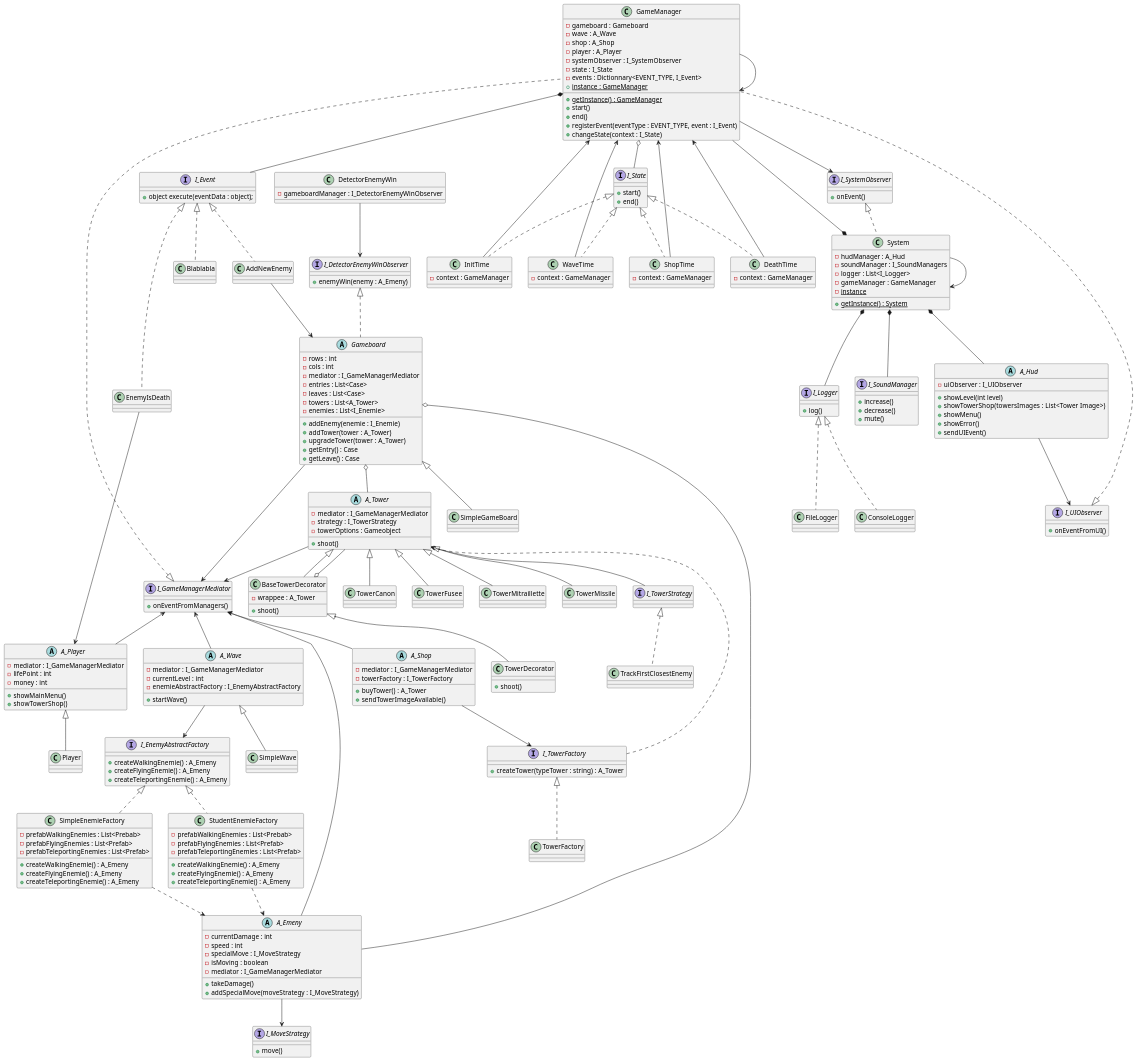
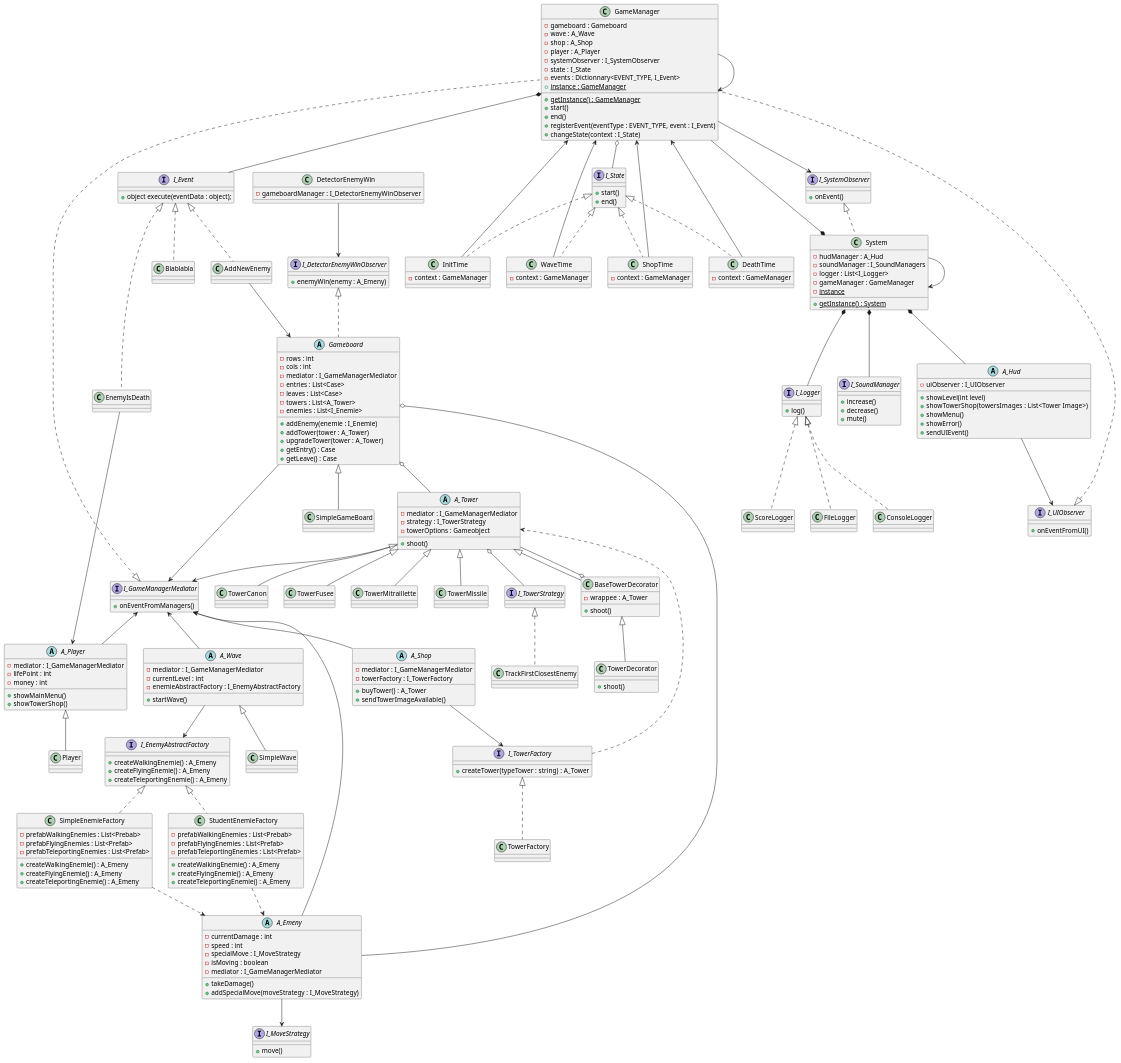
Before and after one commit to bobylatruffe/tower_defense: the diagram in uml.plantuml, drawn with PlantUML. The commit also changed 15 other files, not shown here.

```diff
--- a/uml.plantuml
+++ b/uml.plantuml
@@ -68,6 +68,10 @@
 
 class DeathTime implements I_State {
     - context : GameManager
+}
+
+class ScoreLogger implements I_Logger {
+    
 }
 
 DeathTime --> GameManager
```
